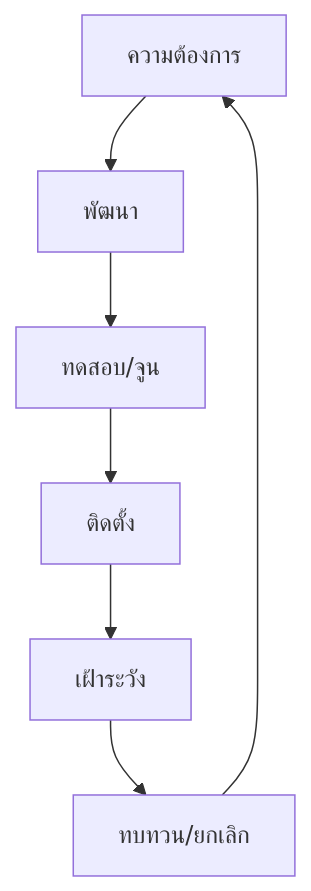
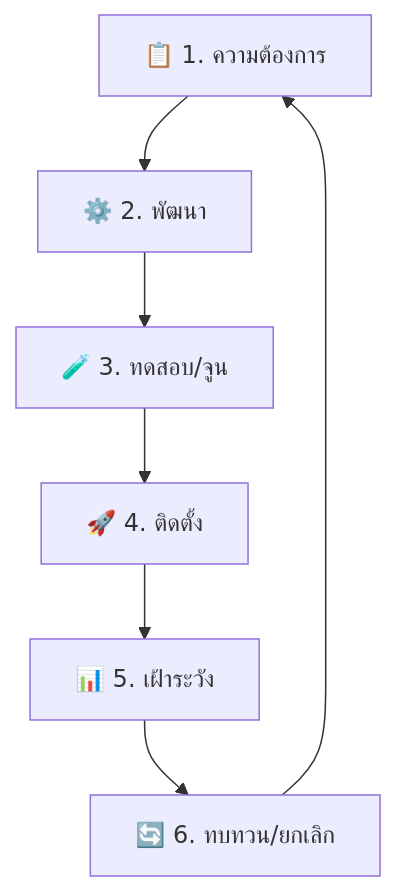
Before and after one commit to nutthakorn7/SOC-SOP: the diagram in 03_User_Guides/Content_Management.th.md, drawn with Mermaid. The commit also changed other lines of this file and 5 other files, not shown here.

````diff
--- a/03_User_Guides/Content_Management.th.md
+++ b/03_User_Guides/Content_Management.th.md
@@ -7,9 +9,9 @@
 ```mermaid
 graph TD
-    Req[ความต้องการ] --> Dev[พัฒนา]
-    Dev --> Test[ทดสอบ/จูน]
-    Test --> Deploy[ติดตั้ง]
-    Deploy --> Monitor[เฝ้าระวัง]
-    Monitor --> Review[ทบทวน/ยกเลิก]
+    Req["📋 1. ความต้องการ"] --> Dev["⚙️ 2. พัฒนา"]
+    Dev --> Test["🧪 3. ทดสอบ/จูน"]
+    Test --> Deploy["🚀 4. ติดตั้ง"]
+    Deploy --> Monitor["📊 5. เฝ้าระวัง"]
+    Monitor --> Review["🔄 6. ทบทวน/ยกเลิก"]
     Review --> Req
 ```
````
